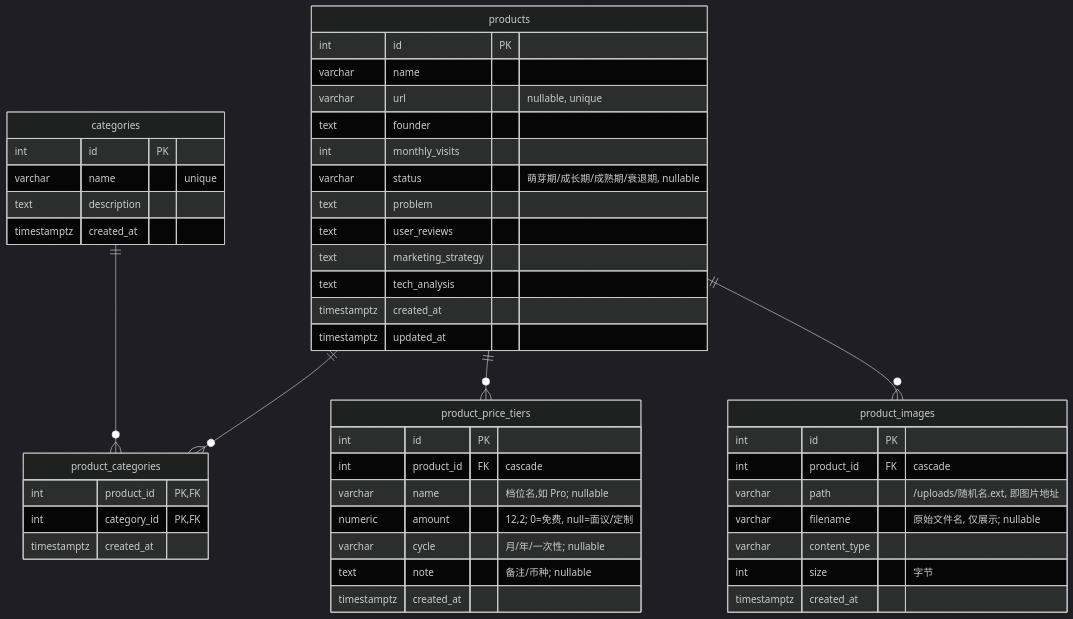
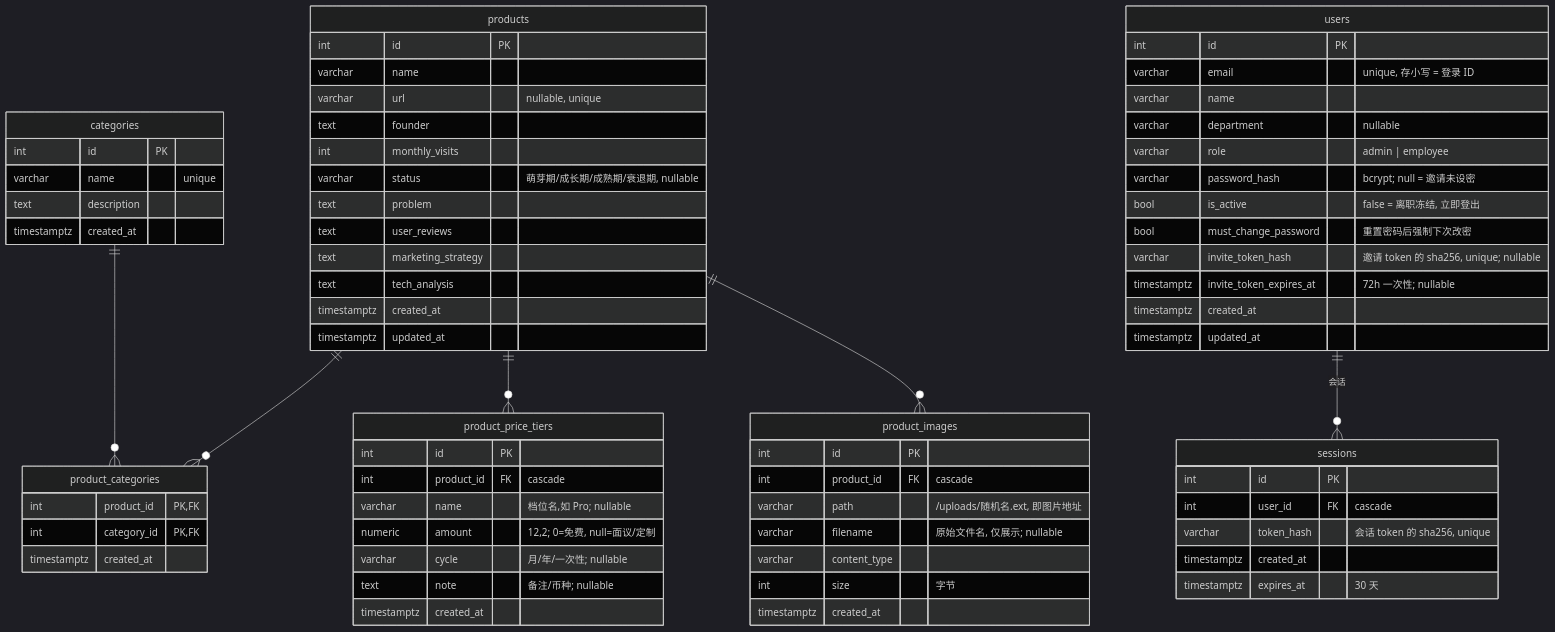
Before and after one commit to notrick-no/producthub: the diagram in doc/架构.md, drawn with Mermaid (dark theme). The commit also changed other lines of this file and 35 other files, not shown here.

````diff
--- a/doc/架构.md
+++ b/doc/架构.md
@@ -96,50 +107,72 @@
 ```mermaid
 erDiagram
   products ||--o{ product_categories : ""
   products ||--o{ product_price_tiers : ""
   products ||--o{ product_images : ""
   categories ||--o{ product_categories : ""
   products {
     int id PK
     varchar name
     varchar url "nullable, unique"
     text founder
     int monthly_visits
     varchar status "萌芽期/成长期/成熟期/衰退期, nullable"
     text problem
     text user_reviews
     text marketing_strategy
     text tech_analysis
     timestamptz created_at
     timestamptz updated_at
   }
   categories {
     int id PK
     varchar name "unique"
     text description
     timestamptz created_at
   }
   product_categories {
     int product_id PK,FK
     int category_id PK,FK
     timestamptz created_at
   }
   product_price_tiers {
     int id PK
     int product_id FK "cascade"
     varchar name "档位名,如 Pro; nullable"
     numeric amount "12,2; 0=免费, null=面议/定制"
     varchar cycle "月/年/一次性; nullable"
     text note "备注/币种; nullable"
     timestamptz created_at
   }
   product_images {
     int id PK
     int product_id FK "cascade"
     varchar path "/uploads/随机名.ext, 即图片地址"
     varchar filename "原始文件名, 仅展示; nullable"
     varchar content_type
     int size "字节"
     timestamptz created_at
   }
+  users ||--o{ sessions : "会话"
+  users {
+    int id PK
+    varchar email "unique, 存小写 = 登录 ID"
+    varchar name
+    varchar department "nullable"
+    varchar role "admin | employee"
+    varchar password_hash "bcrypt; null = 邀请未设密"
+    bool is_active "false = 离职冻结, 立即登出"
+    bool must_change_password "重置密码后强制下次改密"
+    varchar invite_token_hash "邀请 token 的 sha256, unique; nullable"
+    timestamptz invite_token_expires_at "72h 一次性; nullable"
+    timestamptz created_at
+    timestamptz updated_at
+  }
+  sessions {
+    int id PK
+    int user_id FK "cascade"
+    varchar token_hash "会话 token 的 sha256, unique"
+    timestamptz created_at
+    timestamptz expires_at "30 天"
+  }
 ```
````
